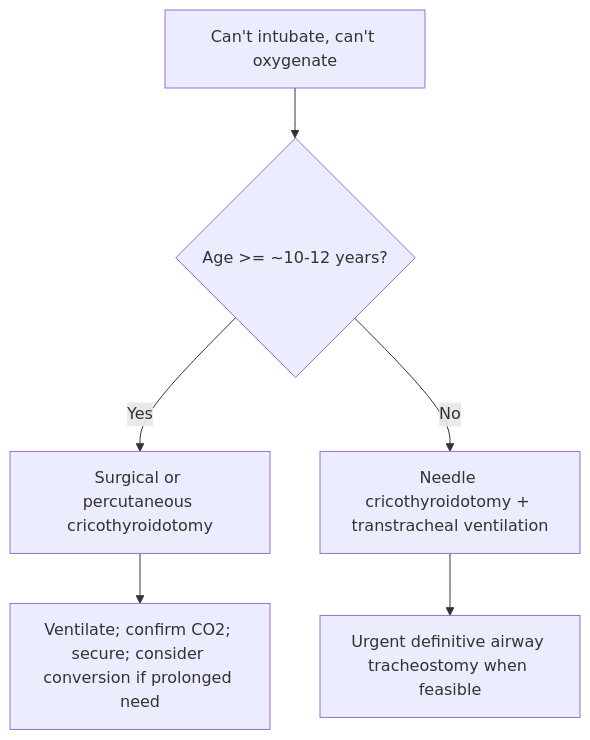
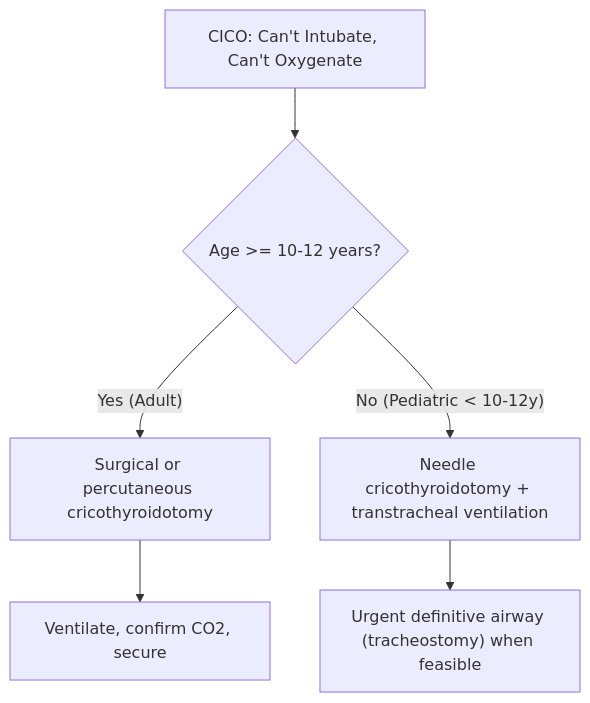
Before and after one commit to russellmiller49/Interventional-Pulm-Education-Project: the third of 3 diagrams in content/modules/board/percutaneous-tracheostomy-and-cricothyroidotomy.mdx, drawn with Mermaid. The commit also changed other lines of this file and 45 other files, not shown here.

````diff
--- a/content/modules/board/percutaneous-tracheostomy-and-cricothyroidotomy.mdx
+++ b/content/modules/board/percutaneous-tracheostomy-and-cricothyroidotomy.mdx
@@ -192,8 +161,8 @@
 ```mermaid
-flowchart TD
-A[Can't intubate, can't oxygenate] --> B{Age &gt;= ~10-12 years?}
-B -->|Yes| C[Surgical or percutaneous cricothyroidotomy]
-C --> D[Ventilate; confirm CO2; secure; consider conversion if prolonged need]
-B -->|No| E[Needle cricothyroidotomy + transtracheal ventilation]
-E --> F[Urgent definitive airway tracheostomy when feasible]
+graph TD
+        A["CICO: Can't Intubate, Can't Oxygenate"] --> B{"Age >= 10-12 years?"}
+        B -- Yes (Adult) --> C["Surgical or percutaneous cricothyroidotomy"]
+        C --> C1["Ventilate, confirm CO2, secure"]
+        B -- "No (Pediatric < 10-12y)" --> D["Needle cricothyroidotomy + transtracheal ventilation"]
+        D --> D1["Urgent definitive airway (tracheostomy) when feasible"]
 ```
````
